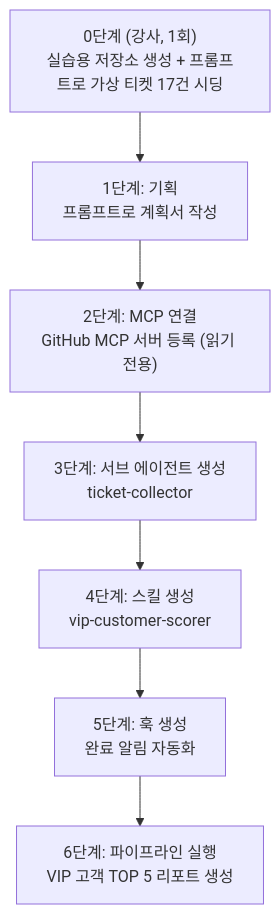
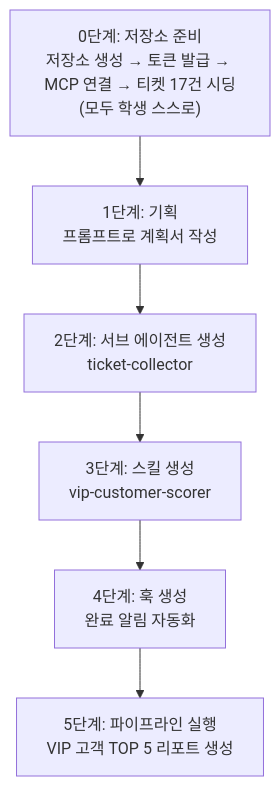
The second of 2 diagrams in _posts/2026-07-20-제로에서-시작하는-에이전틱-ai-—-클로드-코워크와-코드로-만드는-나만의-ai-팀.md (k82022603/k82022603.github.io), drawn with Mermaid before and after one commit. The commit also changed other lines of this file and 2 other files, not shown here.

````diff
--- a/_posts/2026-07-20-제로에서-시작하는-에이전틱-ai-—-클로드-코워크와-코드로-만드는-나만의-ai-팀.md
+++ b/_posts/2026-07-20-제로에서-시작하는-에이전틱-ai-—-클로드-코워크와-코드로-만드는-나만의-ai-팀.md
@@ -217,9 +211,8 @@
 ```mermaid
 flowchart TD
-    S["0단계 (강사, 1회)<br/>실습용 저장소 생성 + 프롬프트로 가상 티켓 17건 시딩"] --> A["1단계: 기획<br/>프롬프트로 계획서 작성"]
-    A --> B["2단계: MCP 연결<br/>GitHub MCP 서버 등록 (읽기 전용)"]
-    B --> C["3단계: 서브 에이전트 생성<br/>ticket-collector"]
-    C --> D["4단계: 스킬 생성<br/>vip-customer-scorer"]
-    D --> E["5단계: 훅 생성<br/>완료 알림 자동화"]
-    E --> F["6단계: 파이프라인 실행<br/>VIP 고객 TOP 5 리포트 생성"]
+    A["0단계: 저장소 준비<br/>저장소 생성 → 토큰 발급 → MCP 연결 → 티켓 17건 시딩<br/>(모두 학생 스스로)"] --> B["1단계: 기획<br/>프롬프트로 계획서 작성"]
+    B --> C["2단계: 서브 에이전트 생성<br/>ticket-collector"]
+    C --> D["3단계: 스킬 생성<br/>vip-customer-scorer"]
+    D --> E["4단계: 훅 생성<br/>완료 알림 자동화"]
+    E --> F["5단계: 파이프라인 실행<br/>VIP 고객 TOP 5 리포트 생성"]
 ```
````
